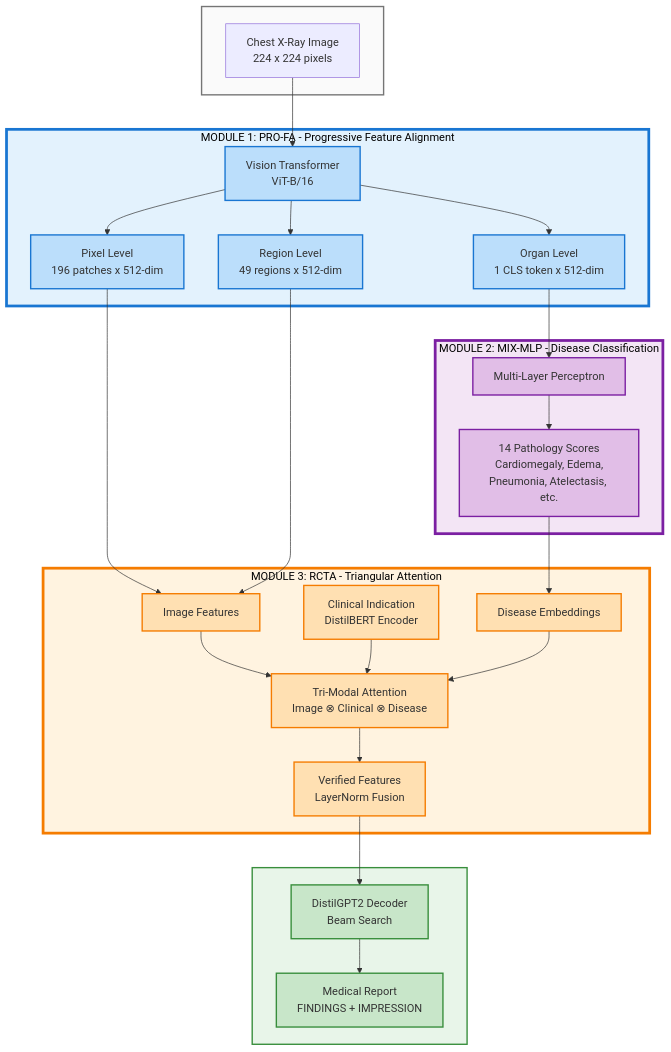
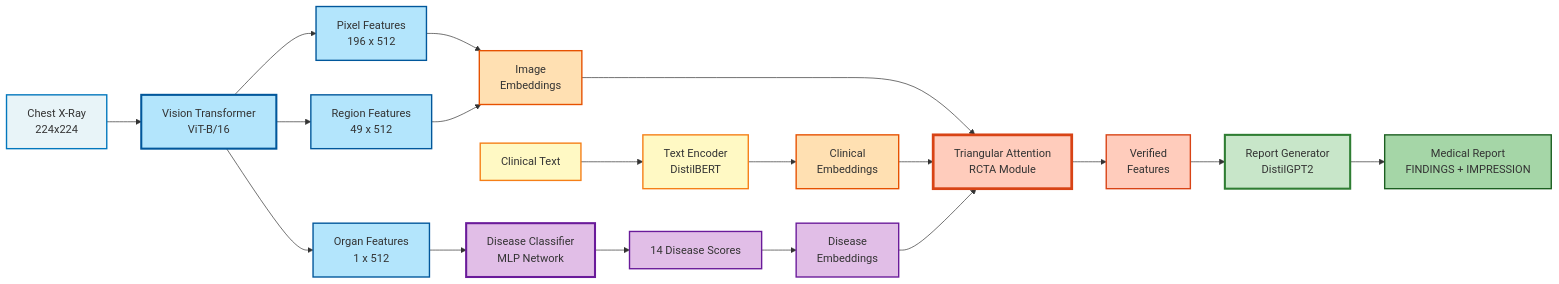
One commit to a-zax/monikabhati2005 changed the diagram in PS_2_Cognitive_Radiology_Report/README.md. Above: the diagram before and after it, drawn with Mermaid. The commit also changed other lines of this file, not shown here.

Commit message:
feat: Establish initial project structure with submission details, PS_2 README, and various setup and guide scripts.

````diff
--- a/PS_2_Cognitive_Radiology_Report/README.md
+++ b/PS_2_Cognitive_Radiology_Report/README.md
@@ -19,74 +19,48 @@
 ```mermaid
-flowchart TB
-    subgraph Input [" "]
-        XRay[Chest X-Ray Image<br/>224 x 224 pixels]
-    end
+flowchart LR
+    A[Chest X-Ray<br/>224x224] --> B[Vision Transformer<br/>ViT-B/16]
     
-    subgraph Module1 ["MODULE 1: PRO-FA - Progressive Feature Alignment"]
-        ViT[Vision Transformer<br/>ViT-B/16]
-        Pixel[Pixel Level<br/>196 patches x 512-dim]
-        Region[Region Level<br/>49 regions x 512-dim]
-        Organ[Organ Level<br/>1 CLS token x 512-dim]
-        
-        ViT --> Pixel
-        ViT --> Region
-        ViT --> Organ
-    end
+    B --> C1[Pixel Features<br/>196 x 512]
+    B --> C2[Region Features<br/>49 x 512]
+    B --> C3[Organ Features<br/>1 x 512]
     
-    subgraph Module2 ["MODULE 2: MIX-MLP - Disease Classification"]
-        MLP[Multi-Layer Perceptron]
-        Diseases[14 Pathology Scores<br/>Cardiomegaly, Edema,<br/>Pneumonia, Atelectasis, etc.]
-        
-        MLP --> Diseases
-    end
+    C3 --> D[Disease Classifier<br/>MLP Network]
+    D --> E[14 Disease Scores]
     
-    subgraph Module3 ["MODULE 3: RCTA - Triangular Attention"]
-        Clinical[Clinical Indication<br/>DistilBERT Encoder]
-        ImgAttn[Image Features]
-        DiseaseEmb[Disease Embeddings]
-        TriAttn[Tri-Modal Attention<br/>Image ⊗ Clinical ⊗ Disease]
-        Verified[Verified Features<br/>LayerNorm Fusion]
-        
-        ImgAttn --> TriAttn
-        Clinical --> TriAttn
-        DiseaseEmb --> TriAttn
-        TriAttn --> Verified
-    end
+    C1 --> F[Image<br/>Embeddings]
+    C2 --> F
     
-    subgraph Output [" "]
-        Decoder[DistilGPT2 Decoder<br/>Beam Search]
-        Report[Medical Report<br/>FINDINGS + IMPRESSION]
-        
-        Decoder --> Report
-    end
+    G[Clinical Text] --> H[Text Encoder<br/>DistilBERT]
+    H --> I[Clinical<br/>Embeddings]
     
-    XRay --> ViT
-    Organ --> MLP
-    Diseases --> DiseaseEmb
-    Pixel --> ImgAttn
-    Region --> ImgAttn
-    Verified --> Decoder
+    E --> J[Disease<br/>Embeddings]
     
-    style Module1 fill:#E3F2FD,stroke:#1976D2,stroke-width:4px,color:#000
-    style Module2 fill:#F3E5F5,stroke:#7B1FA2,stroke-width:4px,color:#000
-    style Module3 fill:#FFF3E0,stroke:#F57C00,stroke-width:4px,color:#000
-    style Input fill:#FAFAFA,stroke:#757575,stroke-width:2px
-    style Output fill:#E8F5E9,stroke:#388E3C,stroke-width:2px
+    F --> K[Triangular Attention<br/>RCTA Module]
+    I --> K
+    J --> K
     
-    style ViT fill:#BBDEFB,stroke:#1976D2,stroke-width:2px
-    style Pixel fill:#BBDEFB,stroke:#1976D2,stroke-width:2px
-    style Region fill:#BBDEFB,stroke:#1976D2,stroke-width:2px
-    style Organ fill:#BBDEFB,stroke:#1976D2,stroke-width:2px
+    K --> L[Verified<br/>Features]
+    L --> M[Report Generator<br/>DistilGPT2]
+    M --> N[Medical Report<br/>FINDINGS + IMPRESSION]
     
-    style MLP fill:#E1BEE7,stroke:#7B1FA2,stroke-width:2px
-    style Diseases fill:#E1BEE7,stroke:#7B1FA2,stroke-width:2px
+    style A fill:#E8F4F8,stroke:#0277BD,stroke-width:2px
+    style B fill:#B3E5FC,stroke:#01579B,stroke-width:3px
+    style C1 fill:#B3E5FC,stroke:#01579B,stroke-width:2px
+    style C2 fill:#B3E5FC,stroke:#01579B,stroke-width:2px
+    style C3 fill:#B3E5FC,stroke:#01579B,stroke-width:2px
     
-    style Clinical fill:#FFE0B2,stroke:#F57C00,stroke-width:2px
-    style ImgAttn fill:#FFE0B2,stroke:#F57C00,stroke-width:2px
-    style DiseaseEmb fill:#FFE0B2,stroke:#F57C00,stroke-width:2px
-    style TriAttn fill:#FFE0B2,stroke:#F57C00,stroke-width:2px
-    style Verified fill:#FFE0B2,stroke:#F57C00,stroke-width:2px
+    style D fill:#E1BEE7,stroke:#6A1B9A,stroke-width:3px
+    style E fill:#E1BEE7,stroke:#6A1B9A,stroke-width:2px
     
-    style Decoder fill:#C8E6C9,stroke:#388E3C,stroke-width:2px
-    style Report fill:#C8E6C9,stroke:#388E3C,stroke-width:2px
+    style F fill:#FFE0B2,stroke:#E65100,stroke-width:2px
+    style G fill:#FFF9C4,stroke:#F57F17,stroke-width:2px
+    style H fill:#FFF9C4,stroke:#F57F17,stroke-width:2px
+    style I fill:#FFE0B2,stroke:#E65100,stroke-width:2px
+    style J fill:#E1BEE7,stroke:#6A1B9A,stroke-width:2px
+    
+    style K fill:#FFCCBC,stroke:#D84315,stroke-width:4px
+    style L fill:#FFCCBC,stroke:#D84315,stroke-width:2px
+    
+    style M fill:#C8E6C9,stroke:#2E7D32,stroke-width:3px
+    style N fill:#A5D6A7,stroke:#1B5E20,stroke-width:2px
 ```
````
